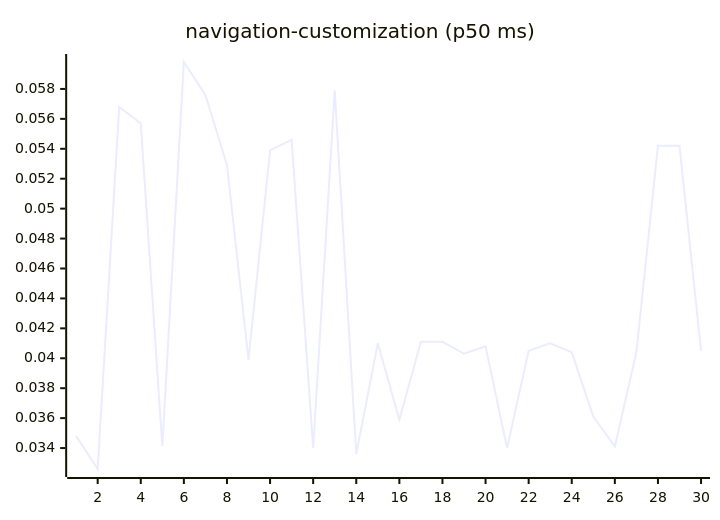
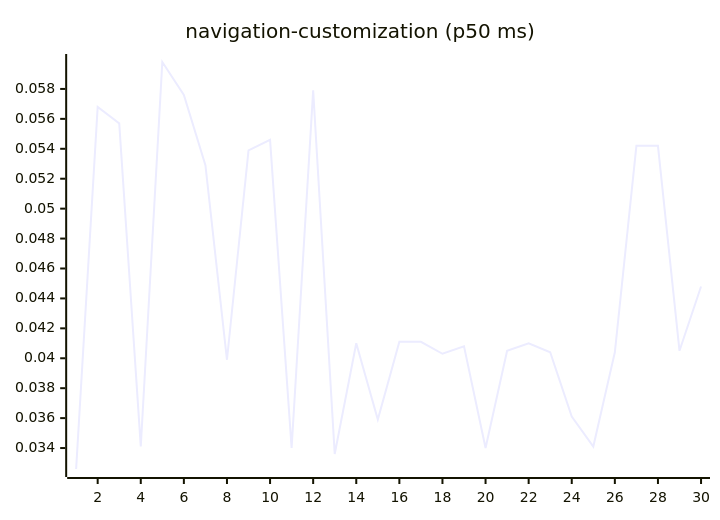
Diagram 15 of 27 in README.md (josha/Facet), drawn with Mermaid before and after one commit. The commit also changed other lines of this file and 2 other files, not shown here.

````diff
--- a/README.md
+++ b/README.md
@@ -161,6 +161,6 @@
 ```mermaid
 xychart-beta
     title "navigation-customization (p50 ms)"
     x-axis 1 --> 30
-    line [0.0348, 0.0326, 0.0568, 0.0557, 0.0341, 0.0598, 0.0576, 0.0529, 0.0399, 0.0539, 0.0546, 0.0340, 0.0579, 0.0336, 0.0410, 0.0359, 0.0411, 0.0411, 0.0403, 0.0408, 0.0340, 0.0405, 0.0410, 0.0404, 0.0361, 0.0341, 0.0404, 0.0542, 0.0542, 0.0405]
+    line [0.0326, 0.0568, 0.0557, 0.0341, 0.0598, 0.0576, 0.0529, 0.0399, 0.0539, 0.0546, 0.0340, 0.0579, 0.0336, 0.0410, 0.0359, 0.0411, 0.0411, 0.0403, 0.0408, 0.0340, 0.0405, 0.0410, 0.0404, 0.0361, 0.0341, 0.0404, 0.0542, 0.0542, 0.0405, 0.0448]
 ```
````
